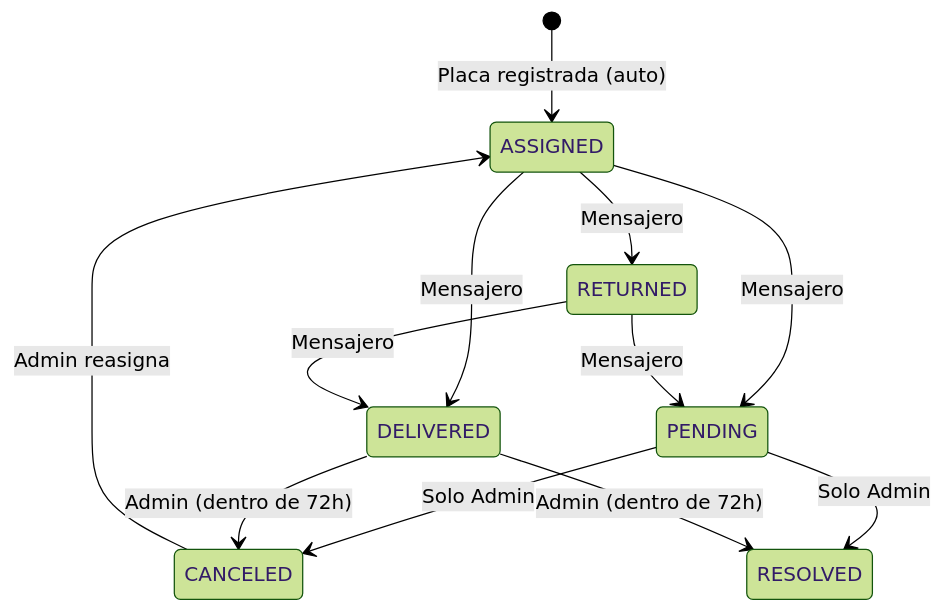
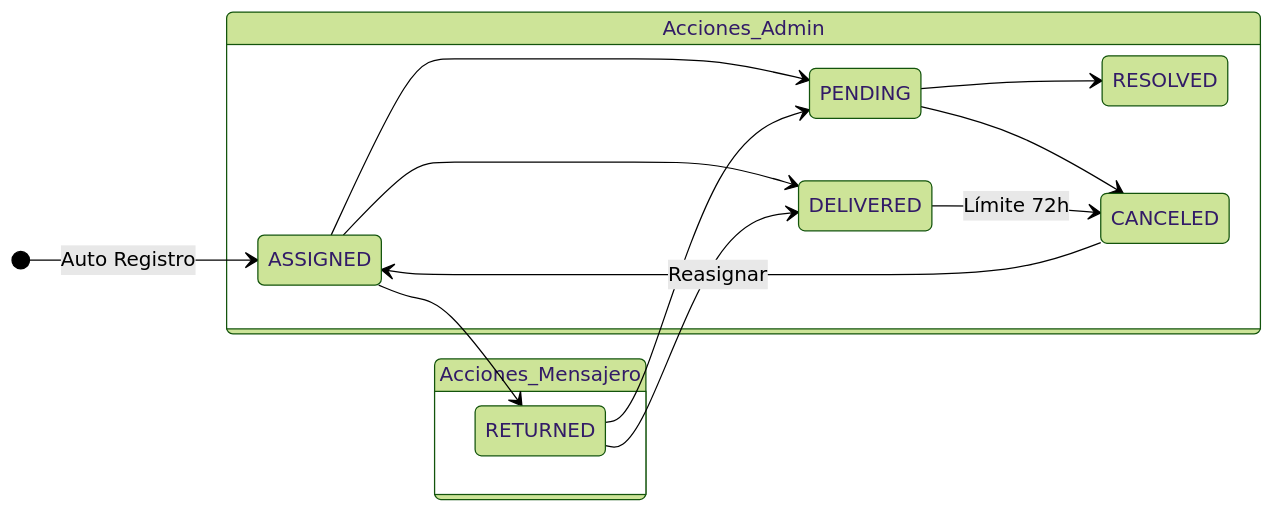
One commit to fttmatteo/messenger-backend changed the seventh of 8 diagrams in README.md. Above: the diagram before and after it, drawn with Mermaid (forest theme). The commit also changed other lines of this file and 1 other file, not shown here.

Commit message:
docs: refine API endpoint tables, service delivery state diagrams, and business rules; fix: adjust delivered service status update test to CANCELED.

````diff
--- a/README.md
+++ b/README.md
@@ -1261,19 +1263,21 @@
 ```mermaid
 stateDiagram-v2
-    [*] --> ASSIGNED: Placa registrada (auto)
+    direction LR
     
-    ASSIGNED --> PENDING: Mensajero
-    ASSIGNED --> DELIVERED: Mensajero
-    ASSIGNED --> RETURNED: Mensajero
+    [*] --> ASSIGNED: Auto Registro
     
-    PENDING --> CANCELED: Solo Admin
-    PENDING --> RESOLVED: Solo Admin
+    state Acciones_Mensajero {
+        ASSIGNED --> PENDING
+        ASSIGNED --> DELIVERED
+        ASSIGNED --> RETURNED
+        RETURNED --> PENDING
+        RETURNED --> DELIVERED
+    }
     
-    DELIVERED --> CANCELED: Admin (dentro de 72h)
-    DELIVERED --> RESOLVED: Admin (dentro de 72h)
-    
-    CANCELED --> ASSIGNED: Admin reasigna
-    
-    RETURNED --> PENDING: Mensajero
-    RETURNED --> DELIVERED: Mensajero
+    state Acciones_Admin {
+        PENDING --> RESOLVED
+        PENDING --> CANCELED
+        DELIVERED --> CANCELED: Límite 72h
+        CANCELED --> ASSIGNED: Reasignar
+    }
 ```
````
